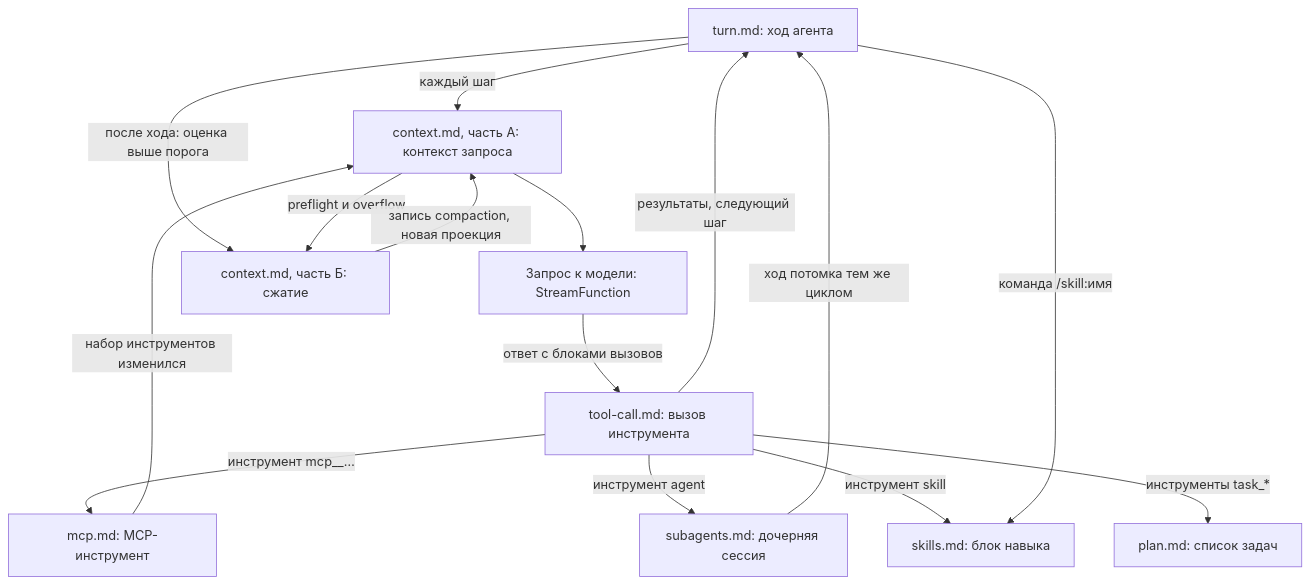
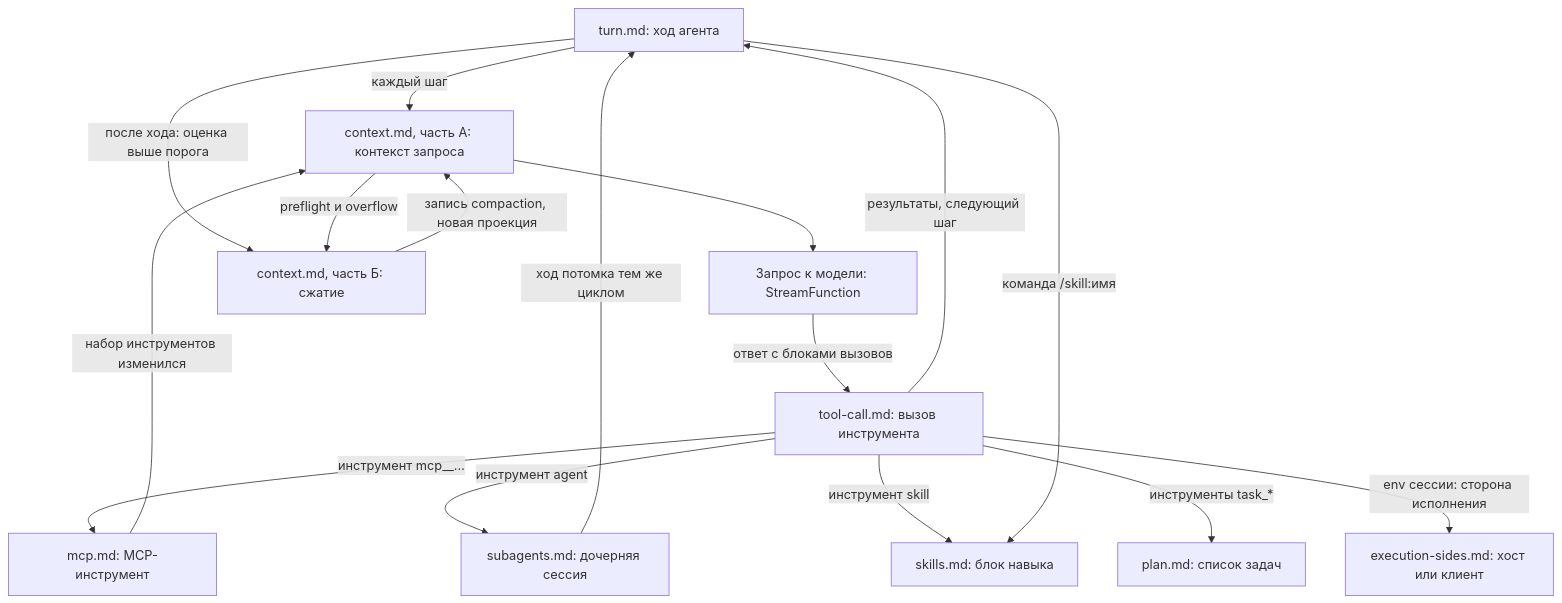
The diagram in packages/dart/codelab_agent_core/doc/algorithms/README.md (pese-git/codelab-app), drawn with Mermaid before and after one commit. The commit also changed other lines of this file and 11 other files, not shown here.

Commit message:
docs: стороны исполнения approval, инструментов, fs/* и terminal/* — матрица встроенный агент / stdio / ws / внешний агент, ветки localEnv и AcpClientExecutionEnv, приём запросов агента клиентом

````diff
--- a/packages/dart/codelab_agent_core/doc/algorithms/README.md
+++ b/packages/dart/codelab_agent_core/doc/algorithms/README.md
@@ -28,17 +29,18 @@
 ```mermaid
 flowchart TD
     turn["turn.md: ход агента"] -->|"каждый шаг"| ctx["context.md, часть А: контекст запроса"]
     ctx --> model["Запрос к модели: StreamFunction"]
     model -->|"ответ с блоками вызовов"| tc["tool-call.md: вызов инструмента"]
     tc -->|"инструмент mcp__…"| mcp["mcp.md: MCP-инструмент"]
     tc -->|"результаты, следующий шаг"| turn
     mcp -->|"набор инструментов изменился"| ctx
     turn -->|"после хода: оценка выше порога"| cmp["context.md, часть Б: сжатие"]
     ctx -->|"preflight и overflow"| cmp
     cmp -->|"запись compaction, новая проекция"| ctx
     tc -->|"инструмент agent"| sub["subagents.md: дочерняя сессия"]
     sub -->|"ход потомка тем же циклом"| turn
     tc -->|"инструмент skill"| sk["skills.md: блок навыка"]
     turn -->|"команда /skill:имя"| sk
     tc -->|"инструменты task_*"| pl["plan.md: список задач"]
+    tc -->|"env сессии: сторона исполнения"| ex["execution-sides.md: хост или клиент"]
 ```
````
